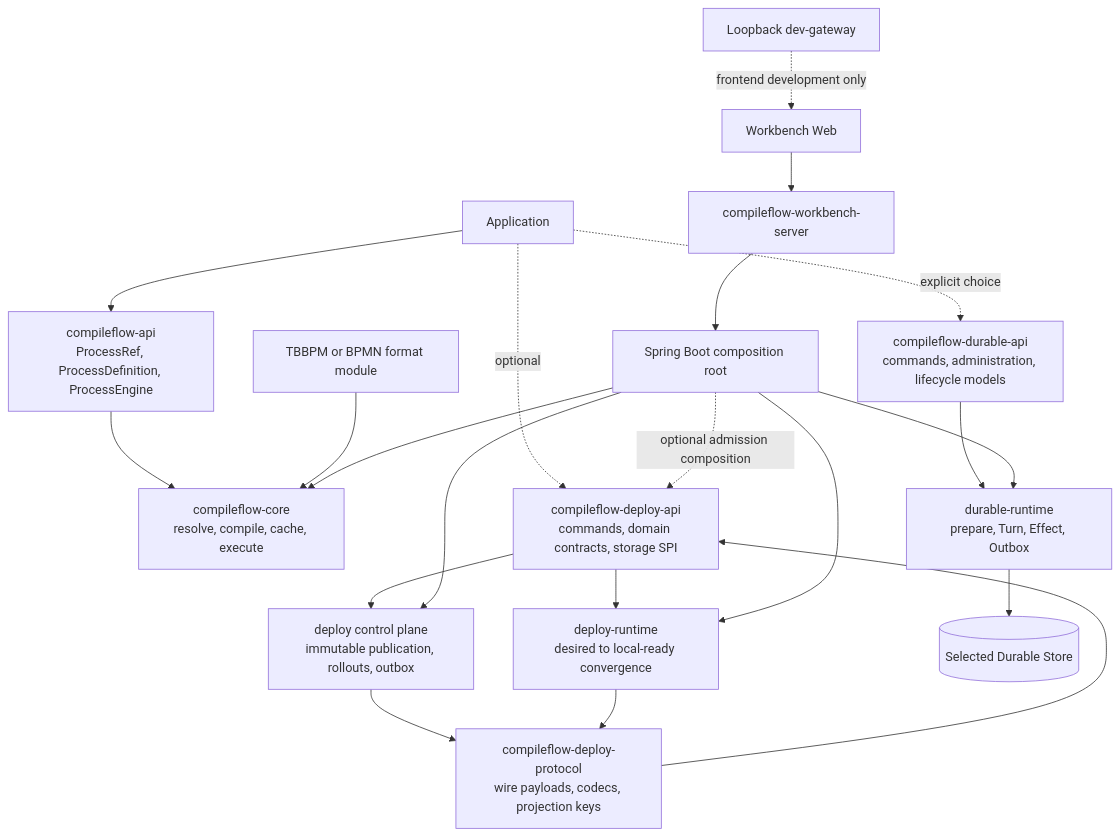
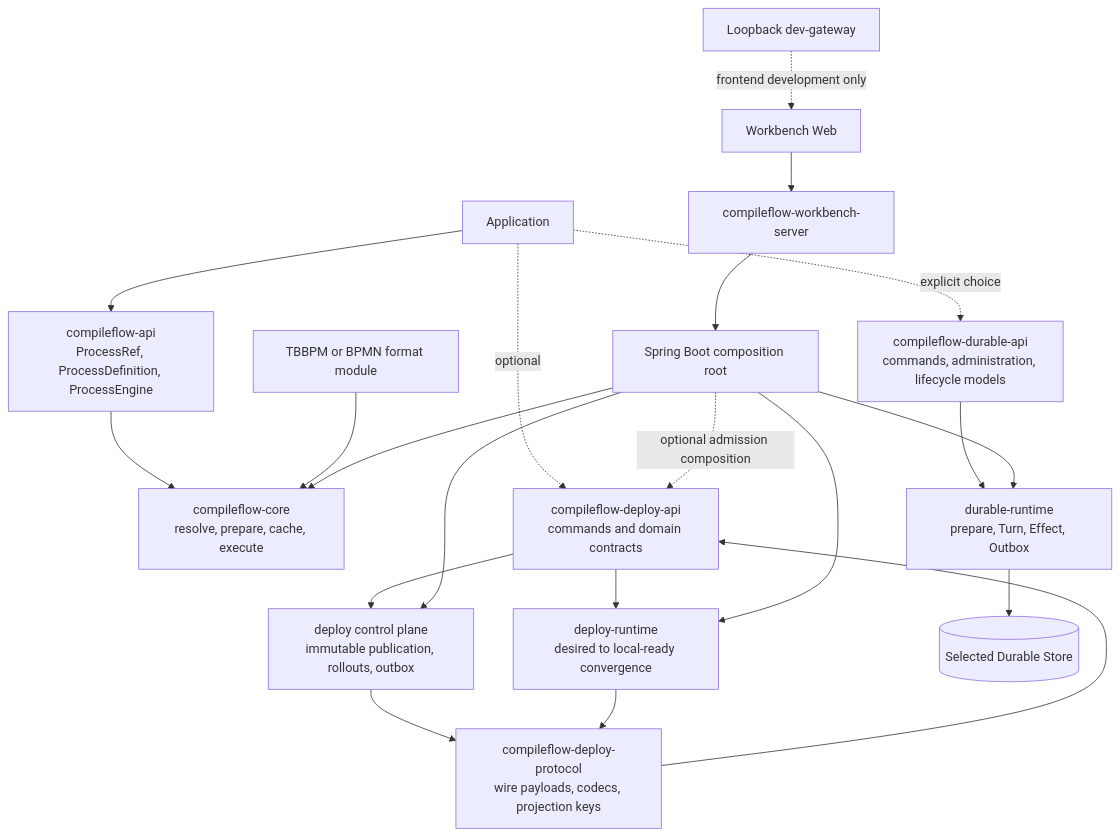
Before and after one commit to alibaba/compileflow: the diagram in docs/en/architecture/overview.md, drawn with Mermaid. The commit also changed other lines of this file and 116 other files, not shown here.

````diff
--- a/docs/en/architecture/overview.md
+++ b/docs/en/architecture/overview.md
@@ -9,39 +9,39 @@
 ```mermaid
 flowchart TB
     App["Application"]
     API["compileflow-api<br/>ProcessRef, ProcessDefinition, ProcessEngine"]
-    Core["compileflow-core<br/>resolve, compile, cache, execute"]
+    Core["compileflow-core<br/>resolve, prepare, cache, execute"]
     Formats["TBBPM or BPMN format module"]
-    DeployAPI["compileflow-deploy-api<br/>commands, domain contracts, storage SPI"]
+    DeployAPI["compileflow-deploy-api<br/>commands and domain contracts"]
     DeployProtocol["compileflow-deploy-protocol<br/>wire payloads, codecs, projection keys"]
     Control["deploy control plane<br/>immutable publication, rollouts, outbox"]
     Runtime["deploy-runtime<br/>desired to local-ready convergence"]
     DurableAPI["compileflow-durable-api<br/>commands, administration, lifecycle models"]
     DurableRuntime["durable-runtime<br/>prepare, Turn, Effect, Outbox"]
     DurableStore[("Selected Durable Store")]
     Spring["Spring Boot composition root"]
     Server["compileflow-workbench-server"]
     Workbench["Workbench Web"]
     DevGateway["Loopback dev-gateway"]
 
     App --> API
     API --> Core
     Formats --> Core
     App -. optional .-> DeployAPI
     DeployProtocol --> DeployAPI
     Control --> DeployProtocol
     Runtime --> DeployProtocol
     DeployAPI --> Control
     DeployAPI --> Runtime
     App -. explicit choice .-> DurableAPI
     DurableAPI --> DurableRuntime
     DurableRuntime --> DurableStore
     Spring --> Core
     Spring --> Control
     Spring --> Runtime
     Spring -. optional admission composition .-> DeployAPI
     Spring --> DurableRuntime
     Server --> Spring
     Workbench --> Server
     DevGateway -. frontend development only .-> Workbench
 ```
````
